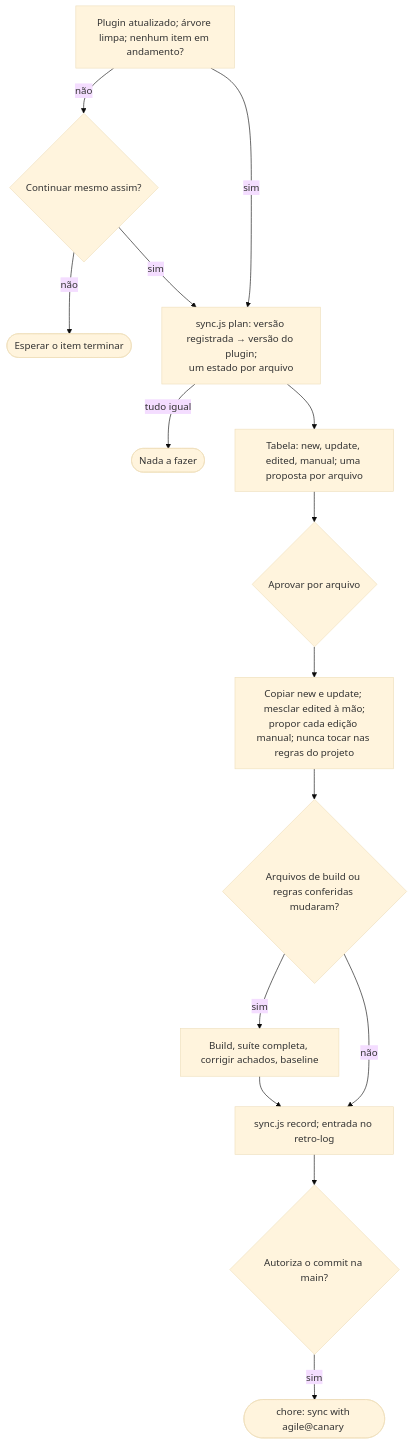
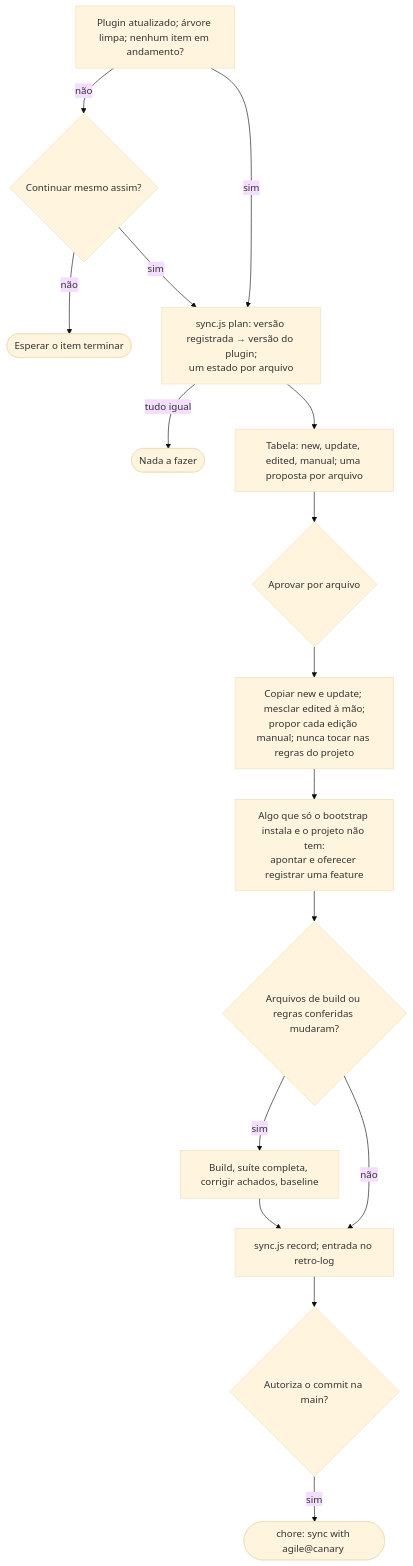
Before and after one commit to alexcanario/simulab: diagram 15 of 16 in docs/agile/workflow.pt-BR.md, drawn with Mermaid (base theme). The commit also changed other lines of this file and 3 other files, not shown here.

````diff
--- a/docs/agile/workflow.pt-BR.md
+++ b/docs/agile/workflow.pt-BR.md
@@ -1119,17 +1120,18 @@
 ```mermaid
 flowchart TD
     A["Plugin atualizado; árvore limpa; nenhum item em andamento?"] -->|não| A1{"Continuar mesmo assim?"}
     A1 -->|não| A2(["Esperar o item terminar"])
     A -->|sim| B["sync.js plan: versão registrada → versão do plugin;<br/>um estado por arquivo"]
     A1 -->|sim| B
     B -->|tudo igual| B1(["Nada a fazer"])
     B --> C["Tabela: new, update, edited, manual; uma proposta por arquivo"]
     C --> D{"Aprovar por arquivo"}
     D --> E["Copiar new e update; mesclar edited à mão;<br/>propor cada edição manual; nunca tocar nas regras do projeto"]
-    E --> F{"Arquivos de build ou regras conferidas mudaram?"}
+    E --> E2["Algo que só o bootstrap instala e o projeto não tem:<br/>apontar e oferecer registrar uma feature"]
+    E2 --> F{"Arquivos de build ou regras conferidas mudaram?"}
     F -->|sim| G["Build, suíte completa, corrigir achados, baseline"]
     F -->|não| H
     G --> H["sync.js record; entrada no retro-log"]
     H --> I{"Autoriza o commit na main?"}
     I -->|sim| J(["chore: sync with agile@canary <versão>"])
 ```
````
